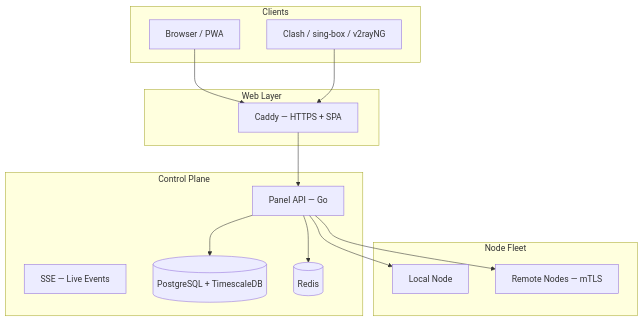
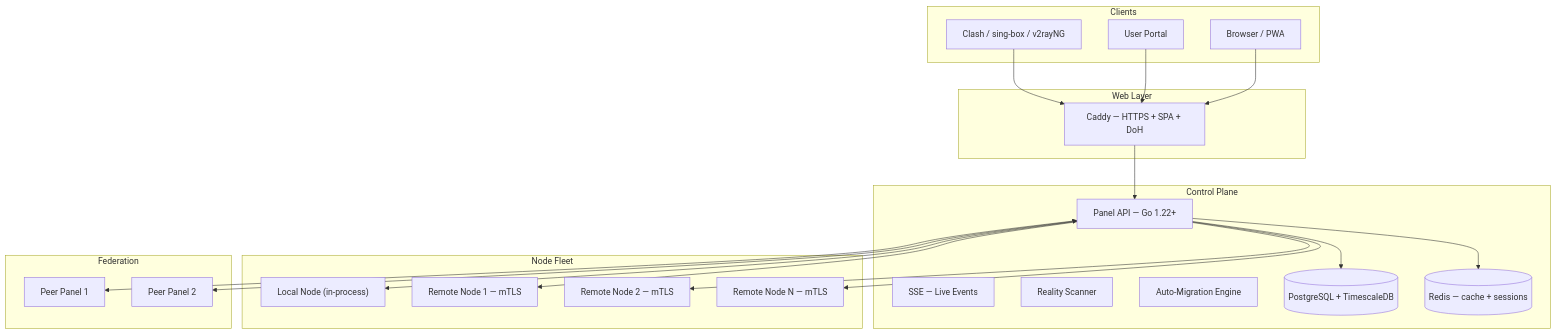
The diagram in docs/wiki/en/README.md (iPmartNetwork/VortexUI), drawn with Mermaid before and after one commit. The commit also changed other lines of this file and 146 other files, not shown here.

````diff
--- a/docs/wiki/en/README.md
+++ b/docs/wiki/en/README.md
@@ -23,27 +78,41 @@
 ```mermaid
 flowchart TB
-    subgraph Client["Clients"]
+    subgraph Clients["Clients"]
         Browser["Browser / PWA"]
+        Portal["User Portal"]
         ProxyApp["Clash / sing-box / v2rayNG"]
     end
     subgraph Web["Web Layer"]
-        Caddy["Caddy — HTTPS + SPA"]
+        Caddy["Caddy — HTTPS + SPA + DoH"]
     end
     subgraph Panel["Control Plane"]
-        API["Panel API — Go"]
+        API["Panel API — Go 1.22+"]
         SSE["SSE — Live Events"]
+        Scanner["Reality Scanner"]
+        Migration["Auto-Migration Engine"]
         DB[(PostgreSQL + TimescaleDB)]
-        Redis[(Redis)]
+        Redis[(Redis — cache + sessions)]
     end
     subgraph Nodes["Node Fleet"]
-        Local["Local Node"]
-        Remote["Remote Nodes — mTLS"]
+        Local["Local Node (in-process)"]
+        Remote1["Remote Node 1 — mTLS"]
+        Remote2["Remote Node 2 — mTLS"]
+        RemoteN["Remote Node N — mTLS"]
+    end
+    subgraph Federation["Federation"]
+        Peer1["Peer Panel 1"]
+        Peer2["Peer Panel 2"]
     end
     Browser --> Caddy
+    Portal --> Caddy
     ProxyApp --> Caddy
     Caddy --> API
     API --> DB
     API --> Redis
     API --> Local
-    API --> Remote
+    API --> Remote1
+    API --> Remote2
+    API --> RemoteN
+    API <--> Peer1
+    API <--> Peer2
 ```
````
